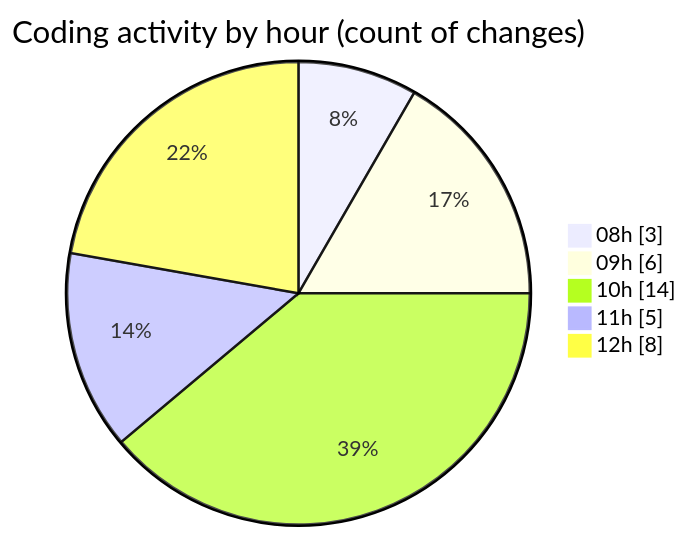
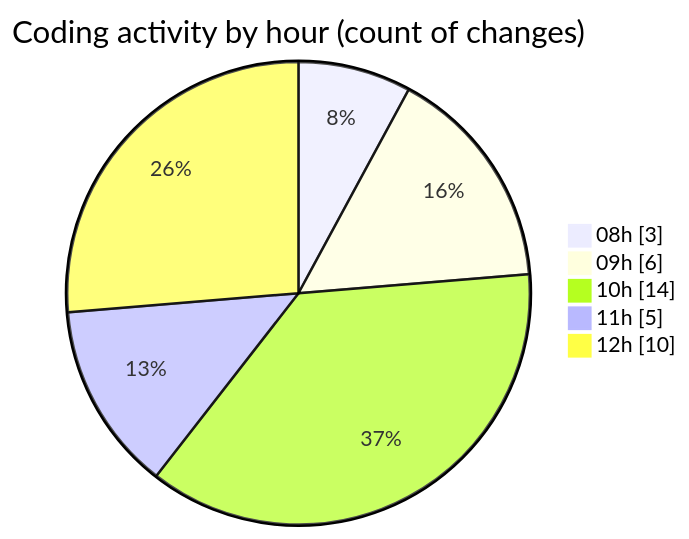
The second of 2 diagrams in 2025-04-01/jsvms/README.md (BS-eng2023/code-tracking), drawn with Mermaid before and after one commit. The commit also changed other lines of this file and 1 other file, not shown here.

````diff
--- a/2025-04-01/jsvms/README.md
+++ b/2025-04-01/jsvms/README.md
@@ -45,9 +45,9 @@
 ```mermaid
 pie showData
 title Coding activity by hour (count of changes)
 "08h" : 3
 "09h" : 6
 "10h" : 14
 "11h" : 5
-"12h" : 8
+"12h" : 10
 ```
````
